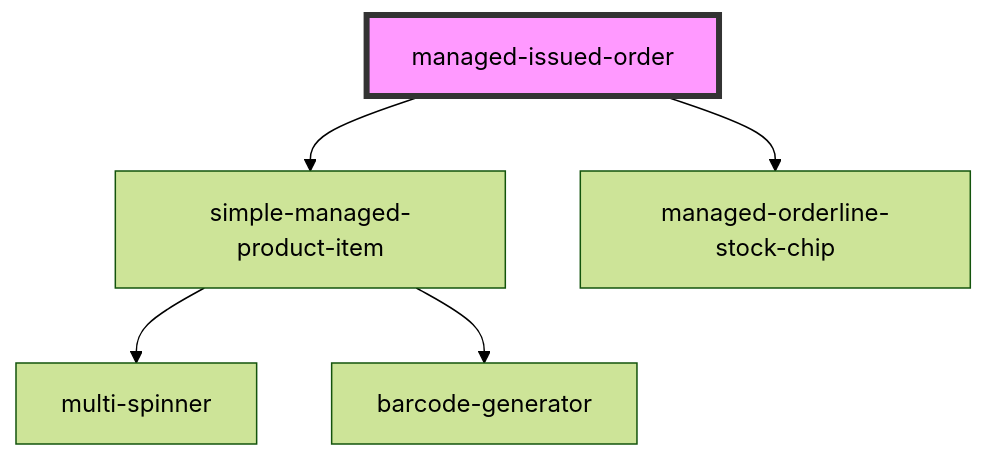
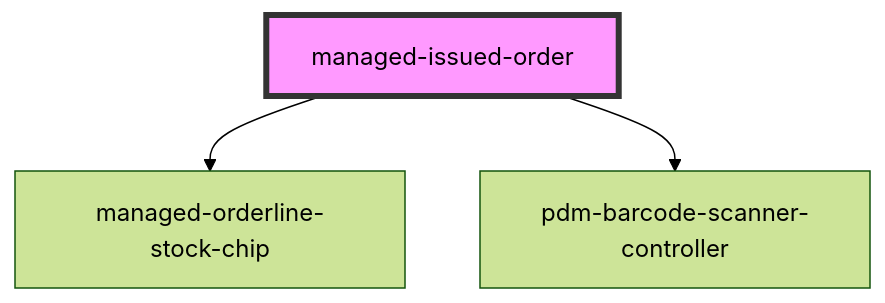
One commit to PharmaLedger-IMI/fgt-workspace changed the diagram in pdm-web-components/src/components/managed-issued-order/readme.md. Above: the diagram before and after it, drawn with Mermaid (forest theme). The commit also changed other lines of this file and 23 other files, not shown here.

````diff
--- a/pdm-web-components/src/components/managed-issued-order/readme.md
+++ b/pdm-web-components/src/components/managed-issued-order/readme.md
@@ -53,8 +58,6 @@
 ```mermaid
 graph TD;
-  managed-issued-order --> simple-managed-product-item
   managed-issued-order --> managed-orderline-stock-chip
-  simple-managed-product-item --> multi-spinner
-  simple-managed-product-item --> barcode-generator
+  managed-issued-order --> pdm-barcode-scanner-controller
   style managed-issued-order fill:#f9f,stroke:#333,stroke-width:4px
 ```
````
